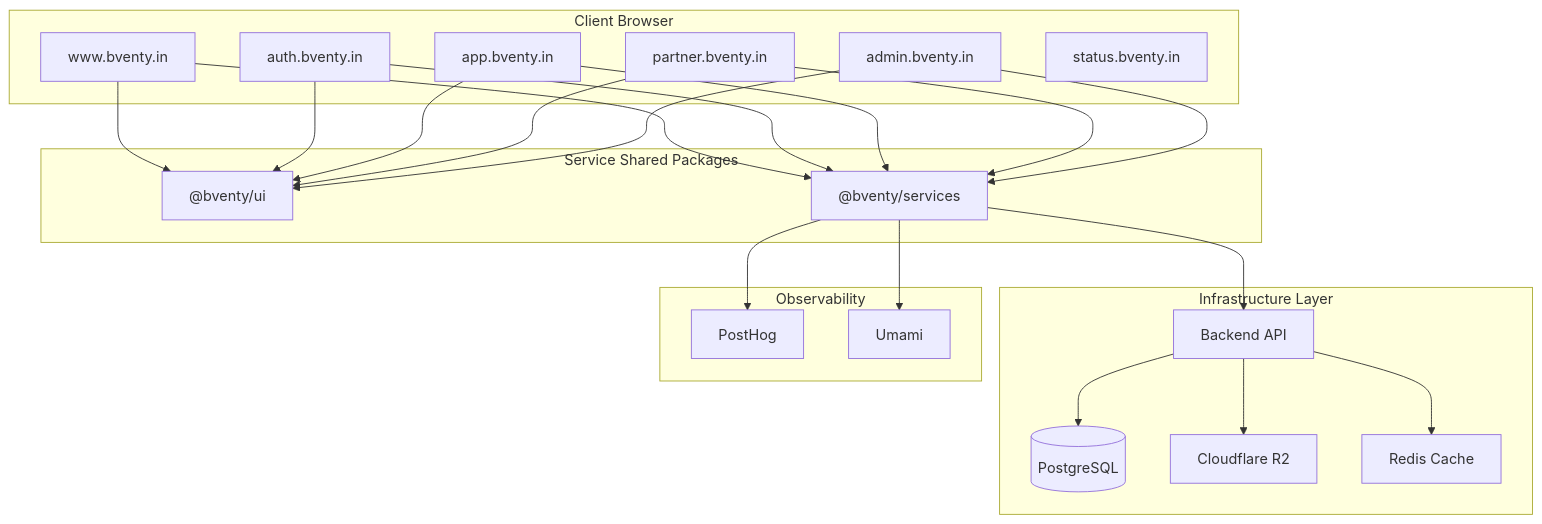
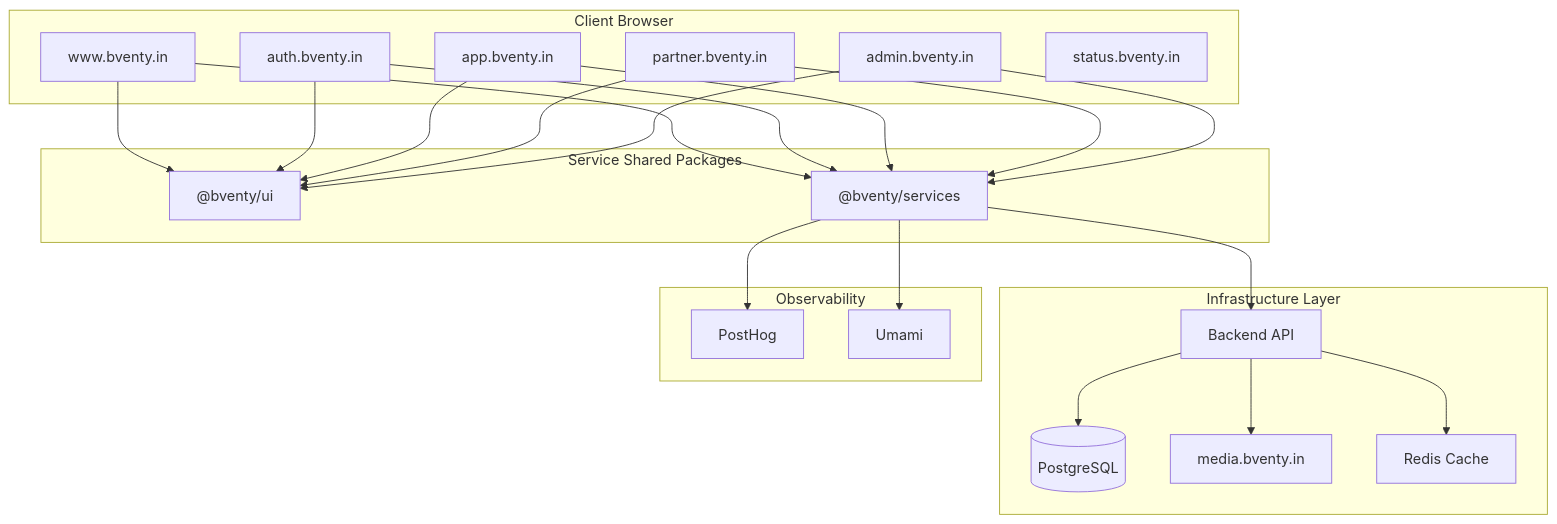
Before and after one commit to once-human/bventy-web: the second of 2 diagrams in README.md, drawn with Mermaid.

Commit message:
docs: add media domain to architecture diagrams

````diff
--- a/README.md
+++ b/README.md
@@ -63,37 +63,37 @@
 ```mermaid
 graph TD
     subgraph Client Browser
         WWW[www.bventy.in]
         AUTH[auth.bventy.in]
         APP[app.bventy.in]
         VENDOR[partner.bventy.in]
         ADMIN[admin.bventy.in]
         STATUS[status.bventy.in]
     end
 
     subgraph Service Shared Packages
         UI["@bventy/ui"]
         SVC["@bventy/services"]
     end
 
     subgraph Infrastructure Layer
         API[Backend API]
         DB[(PostgreSQL)]
-        R2[Cloudflare R2]
+        R2[media.bventy.in]
         KV[Redis Cache]
     end
 
     subgraph Observability
         PH[PostHog]
         UM[Umami]
     end
 
     WWW & AUTH & APP & VENDOR & ADMIN --> UI
     WWW & AUTH & APP & VENDOR & ADMIN --> SVC
     SVC --> API
     API --> DB
     API --> R2
     API --> KV
     SVC --> PH
     SVC --> UM
 ```
````
